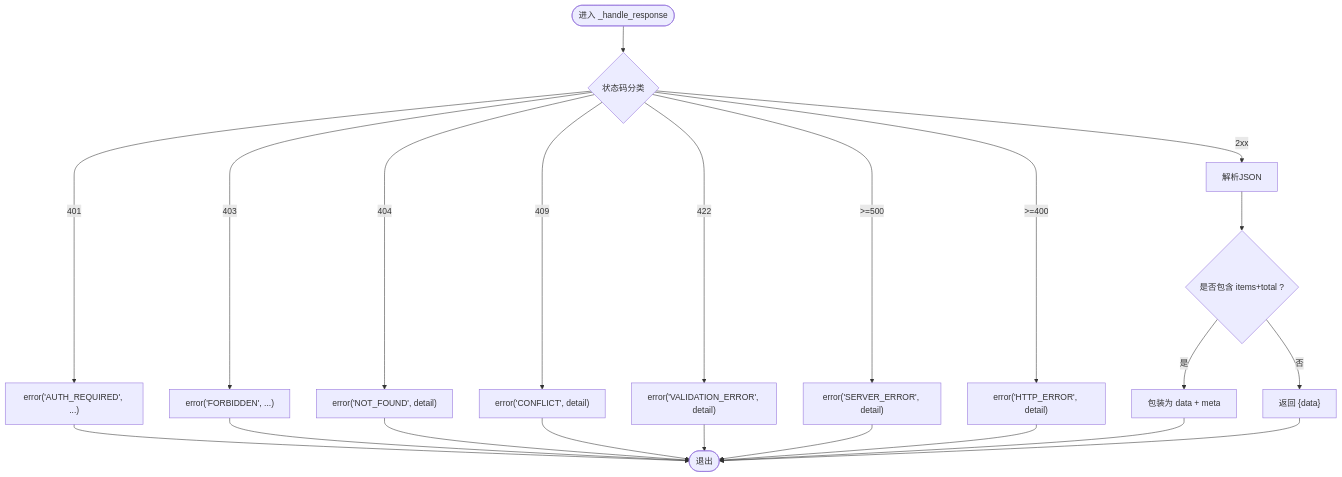
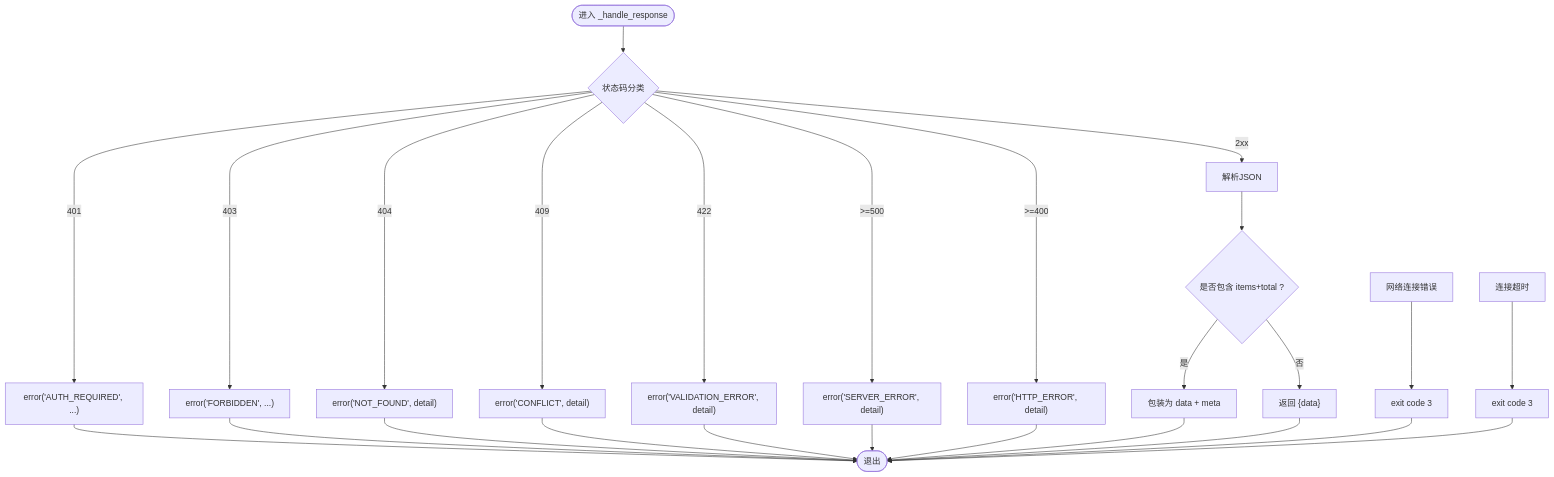
The third of 9 diagrams in .qoder/repowiki/zh/content/开发指南/InvestRing HTTP客户端CLI工具.md (gujialind/InvestRing), drawn with Mermaid before and after one commit. The commit also changed other lines of this file and 15 other files, not shown here.

````diff
--- a/.qoder/repowiki/zh/content/开发指南/InvestRing HTTP客户端CLI工具.md
+++ b/.qoder/repowiki/zh/content/开发指南/InvestRing HTTP客户端CLI工具.md
@@ -262,24 +274,28 @@
 ```mermaid
 flowchart TD
 Start(["进入 _handle_response"]) --> CheckCode{"状态码分类"}
 CheckCode --> |401| AuthErr["error('AUTH_REQUIRED', ...)"]
 CheckCode --> |403| ForbErr["error('FORBIDDEN', ...)"]
 CheckCode --> |404| NotFound["error('NOT_FOUND', detail)"]
 CheckCode --> |409| Conflict["error('CONFLICT', detail)"]
 CheckCode --> |422| ValErr["error('VALIDATION_ERROR', detail)"]
 CheckCode --> |>=500| ServerErr["error('SERVER_ERROR', detail)"]
 CheckCode --> |>=400| HttpErr["error('HTTP_ERROR', detail)"]
 CheckCode --> |2xx| ParseBody["解析JSON"]
 ParseBody --> HasItems{"是否包含 items+total ?"}
 HasItems --> |是| WrapPage["包装为 data + meta"]
 HasItems --> |否| ReturnData["返回 {data}"]
 AuthErr --> End(["退出"])
 ForbErr --> End
 NotFound --> End
 Conflict --> End
 ValErr --> End
 ServerErr --> End
 HttpErr --> End
 WrapPage --> End
 ReturnData --> End
+NetworkErr["网络连接错误"] --> NetExit["exit code 3"]
+TimeoutErr["连接超时"] --> TimeExit["exit code 3"]
+NetExit --> End
+TimeExit --> End
 ```
````
